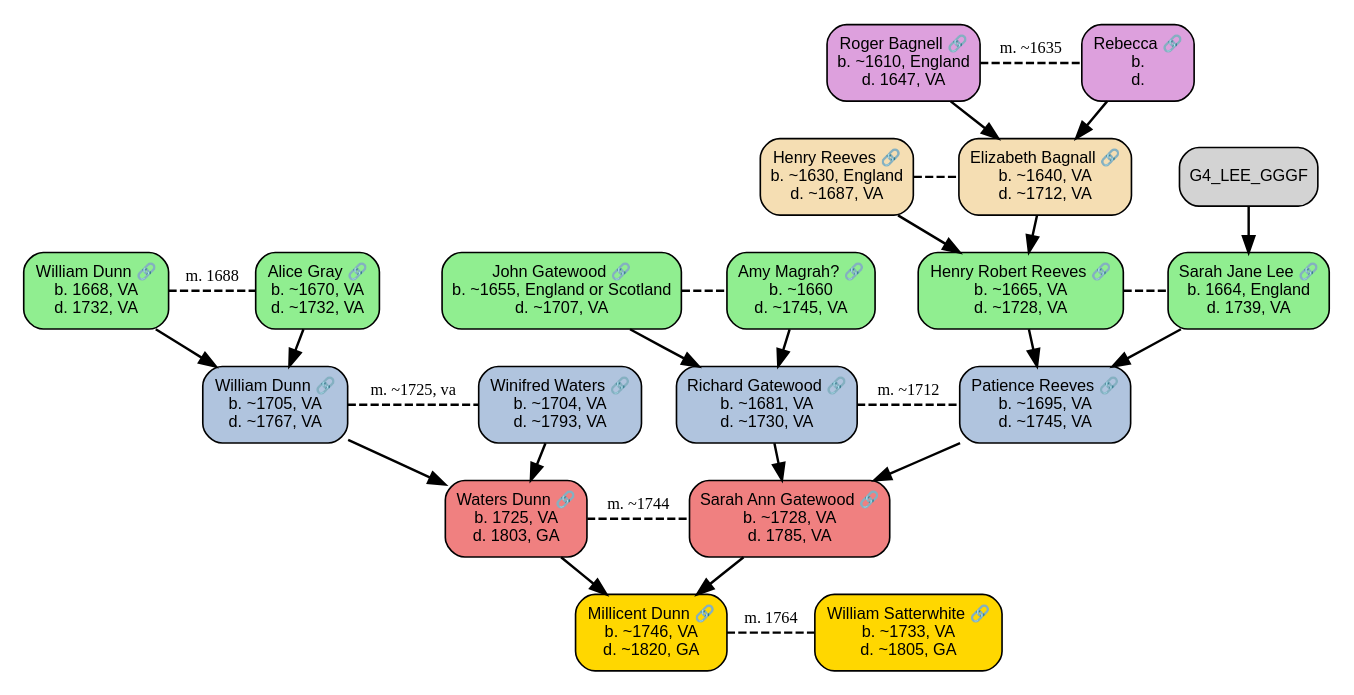
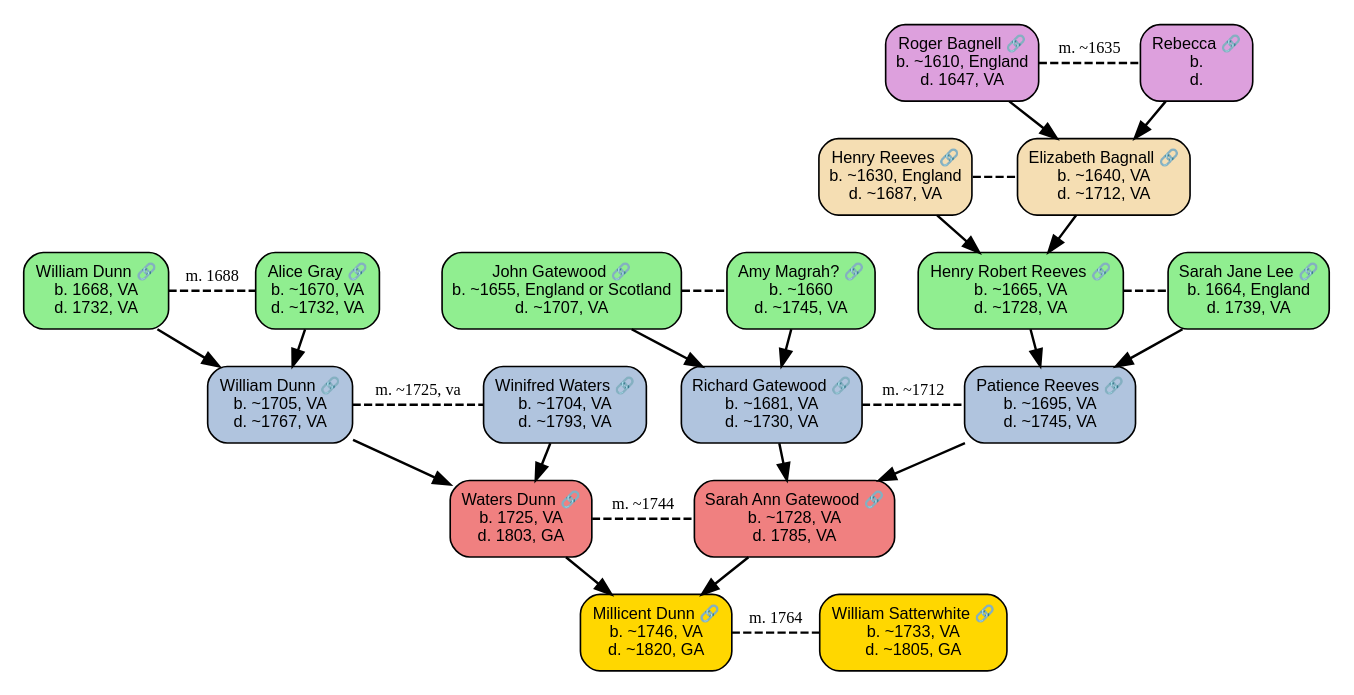
The diagram in output/Scott_line_Satterwhite_branch_Dunn_branch.dot (lchogal/Scott_line), drawn with Graphviz before and after one commit. The commit also changed 4 other files, not shown here.

```diff
--- a/output/Scott_line_Satterwhite_branch_Dunn_branch.dot
+++ b/output/Scott_line_Satterwhite_branch_Dunn_branch.dot
@@ -1,71 +1,70 @@
 digraph family_tree {
     rankdir=TB;
     bgcolor=white;
     margin=0.1;
     pad=0.1;
     ranksep=0.3;
     nodesep=0.2;
     node [shape=box, style="filled,rounded", fontname="Arial", fontsize=10, fixedsize=false, margin=0.1];
     edge [color=black, penwidth=1.5];
     
     
     "G0_ME" [label="Millicent Dunn 🔗\nb. ~1746, VA\nd. ~1820, GA", fillcolor="gold", style="filled,rounded", URL="https://www.wikitree.com/wiki/Dunn-1110", target="_blank", tooltip=""];
     "G0_SPOUSE" [label="William Satterwhite 🔗\nb. ~1733, VA\nd. ~1805, GA", fillcolor="gold", style="filled,rounded", URL="https://www.wikitree.com/wiki/Satterwhite-248", target="_blank", tooltip=""];
     "G1_FATHER" [label="Waters Dunn 🔗\nb. 1725, VA\nd. 1803, GA", fillcolor="lightcoral", style="filled,rounded", URL="https://www.wikitree.com/wiki/Dunn-4072", target="_blank", tooltip=""];
     "G1_MOTHER" [label="Sarah Ann Gatewood 🔗\nb. ~1728, VA\nd. 1785, VA", fillcolor="lightcoral", style="filled,rounded", URL="https://www.wikitree.com/wiki/Gatewood-229", target="_blank", tooltip=""];
     "G2_PATERNAL_GF" [label="William Dunn 🔗\nb. ~1705, VA\nd. ~1767, VA", fillcolor="lightsteelblue", style="filled,rounded", URL="https://www.wikitree.com/wiki/Dunn-870", target="_blank", tooltip=""];
     "G2_PATERNAL_GM" [label="Winifred Waters 🔗\nb. ~1704, VA\nd. ~1793, VA", fillcolor="lightsteelblue", style="filled,rounded", URL="https://www.wikitree.com/wiki/Waters-545", target="_blank", tooltip=""];
     "G2_MATERNAL_GF" [label="Richard Gatewood 🔗\nb. ~1681, VA\nd. ~1730, VA", fillcolor="lightsteelblue", style="filled,rounded", URL="https://www.wikitree.com/wiki/Gatewood-75", target="_blank", tooltip=""];
     "G2_MATERNAL_GM" [label="Patience Reeves 🔗\nb. ~1695, VA\nd. ~1745, VA", fillcolor="lightsteelblue", style="filled,rounded", URL="https://www.wikitree.com/wiki/Reeves-784", target="_blank", tooltip=""];
     "G3_DUNN_GGF" [label="William Dunn 🔗\nb. 1668, VA\nd. 1732, VA", fillcolor="lightgreen", style="filled,rounded", URL="https://www.wikitree.com/wiki/Dunn-871", target="_blank", tooltip=""];
     "G3_GRAY_GGM" [label="Alice Gray 🔗\nb. ~1670, VA\nd. ~1732, VA", fillcolor="lightgreen", style="filled,rounded", URL="https://www.wikitree.com/wiki/Gray-1448", target="_blank", tooltip=""];
     "G3_GATEWOOD_GGF" [label="John Gatewood 🔗\nb. ~1655, England or Scotland\nd. ~1707, VA", fillcolor="lightgreen", style="filled,rounded", URL="https://www.wikitree.com/wiki/Gatewood-82", target="_blank", tooltip=""];
     "G3_MARGRAH_GGM" [label="Amy Magrah? 🔗\nb. ~1660\nd. ~1745, VA", fillcolor="lightgreen", style="filled,rounded", URL="https://www.wikitree.com/wiki/Magrah-2", target="_blank", tooltip=""];
     "G3_REEVES_GGF" [label="Henry Robert Reeves 🔗\nb. ~1665, VA\nd. ~1728, VA", fillcolor="lightgreen", style="filled,rounded", URL="https://www.wikitree.com/wiki/Reeves-5045", target="_blank", tooltip=""];
     "G3_LEE_GGM" [label="Sarah Jane Lee 🔗\nb. 1664, England\nd. 1739, VA", fillcolor="lightgreen", style="filled,rounded", URL="https://www.wikitree.com/wiki/Lee-34349", target="_blank", tooltip=""];
     "G4_REEVES_GGGF" [label="Henry Reeves 🔗\nb. ~1630, England\nd. ~1687, VA", fillcolor="wheat", style="filled,rounded", URL="https://www.wikitree.com/wiki/Reeves-4192", target="_blank", tooltip=""];
     "G4_BAGNALL_GGGM" [label="Elizabeth Bagnall 🔗\nb. ~1640, VA\nd. ~1712, VA", fillcolor="wheat", style="filled,rounded", URL="https://www.wikitree.com/wiki/Bagnall-468", target="_blank", tooltip=""];
     "G5_BAGNALL_GGGGF" [label="Roger Bagnell 🔗\nb. ~1610, England\nd. 1647, VA", fillcolor="plum", style="filled,rounded", URL="https://www.wikitree.com/wiki/Bagnall-131", target="_blank", tooltip=""];
     "G5_UNKNOWN_GGGGM" [label="Rebecca 🔗\nb.\nd.", fillcolor="plum", style="filled,rounded", URL="https://www.wikitree.com/wiki/Bagnall-131", target="_blank", tooltip=""];
     
     // Tree navigation connection boxes
     
     // Marriage relationships and rank constraints
     {rank=same; "G0_ME"; "G0_SPOUSE"};
     "G0_ME" -> "G0_SPOUSE" [dir=none, color=black, style=dashed, constraint=false, label="m. 1764", fontsize=10, fontcolor=black];
     {rank=same; "G1_FATHER"; "G1_MOTHER"};
     "G1_FATHER" -> "G1_MOTHER" [dir=none, color=black, style=dashed, constraint=false, label="m. ~1744", fontsize=10, fontcolor=black];
     {rank=same; "G2_PATERNAL_GF"; "G2_PATERNAL_GM"};
     "G2_PATERNAL_GF" -> "G2_PATERNAL_GM" [dir=none, color=black, style=dashed, constraint=false, label="m. ~1725, va", fontsize=10, fontcolor=black];
     {rank=same; "G2_MATERNAL_GF"; "G2_MATERNAL_GM"};
     "G2_MATERNAL_GF" -> "G2_MATERNAL_GM" [dir=none, color=black, style=dashed, constraint=false, label="m. ~1712", fontsize=10, fontcolor=black];
     {rank=same; "G3_DUNN_GGF"; "G3_GRAY_GGM"};
     "G3_DUNN_GGF" -> "G3_GRAY_GGM" [dir=none, color=black, style=dashed, constraint=false, label="m. 1688", fontsize=10, fontcolor=black];
     {rank=same; "G3_GATEWOOD_GGF"; "G3_MARGRAH_GGM"};
     "G3_GATEWOOD_GGF" -> "G3_MARGRAH_GGM" [dir=none, color=black, style=dashed, constraint=false];
     {rank=same; "G3_REEVES_GGF"; "G3_LEE_GGM"};
     "G3_REEVES_GGF" -> "G3_LEE_GGM" [dir=none, color=black, style=dashed, constraint=false];
     {rank=same; "G4_REEVES_GGGF"; "G4_BAGNALL_GGGM"};
     "G4_REEVES_GGGF" -> "G4_BAGNALL_GGGM" [dir=none, color=black, style=dashed, constraint=false];
     {rank=same; "G5_BAGNALL_GGGGF"; "G5_UNKNOWN_GGGGM"};
     "G5_BAGNALL_GGGGF" -> "G5_UNKNOWN_GGGGM" [dir=none, color=black, style=dashed, constraint=false, label="m. ~1635", fontsize=10, fontcolor=black];
     
     // Parent-child relationships
     "G1_FATHER" -> "G0_ME";
     "G1_MOTHER" -> "G0_ME";
     "G2_PATERNAL_GF" -> "G1_FATHER";
     "G2_PATERNAL_GM" -> "G1_FATHER";
     "G2_MATERNAL_GF" -> "G1_MOTHER";
     "G2_MATERNAL_GM" -> "G1_MOTHER";
     "G3_DUNN_GGF" -> "G2_PATERNAL_GF";
     "G3_GRAY_GGM" -> "G2_PATERNAL_GF";
     "G3_GATEWOOD_GGF" -> "G2_MATERNAL_GF";
     "G3_MARGRAH_GGM" -> "G2_MATERNAL_GF";
     "G3_REEVES_GGF" -> "G2_MATERNAL_GM";
     "G3_LEE_GGM" -> "G2_MATERNAL_GM";
     "G4_REEVES_GGGF" -> "G3_REEVES_GGF";
     "G4_BAGNALL_GGGM" -> "G3_REEVES_GGF";
-    "G4_LEE_GGGF" -> "G3_LEE_GGM";
     "G5_BAGNALL_GGGGF" -> "G4_BAGNALL_GGGM";
     "G5_UNKNOWN_GGGGM" -> "G4_BAGNALL_GGGM";
 }
```
